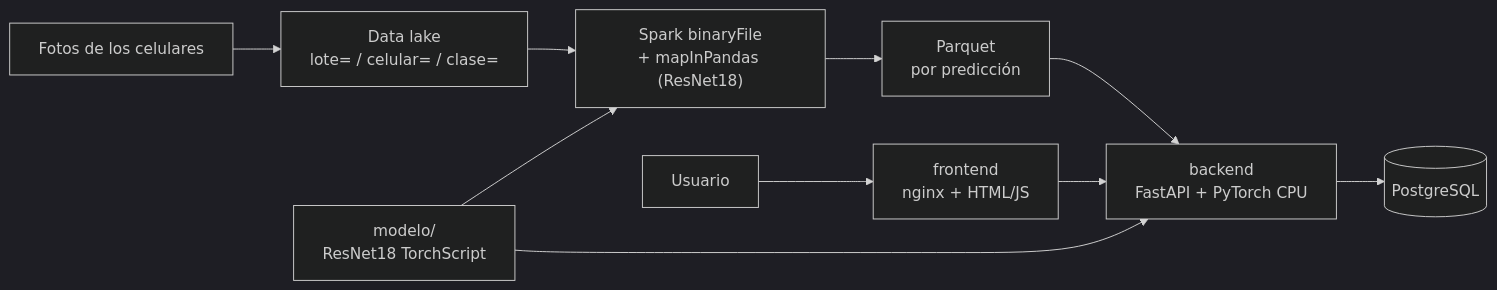
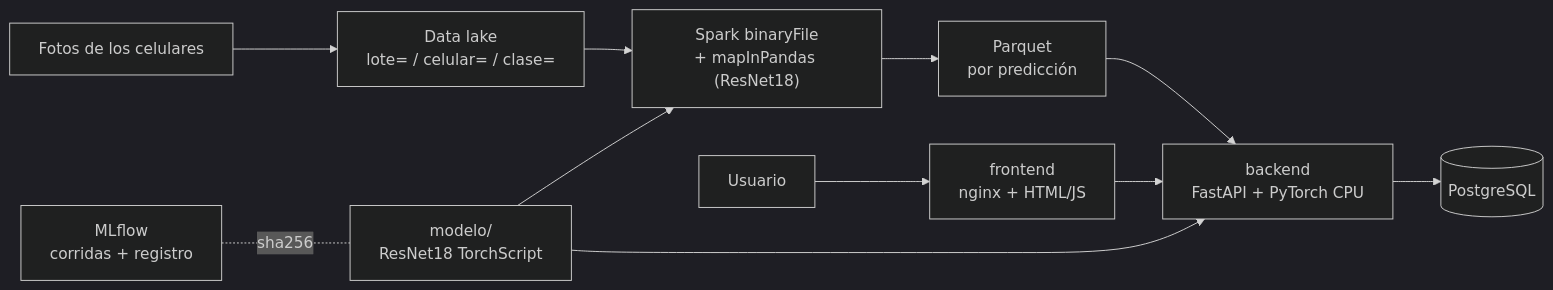
The diagram in README.md (ByArk3/percepcion-limones), drawn with Mermaid (dark theme) before and after one commit. The commit also changed other lines of this file and 21 other files, not shown here.

First line of the commit message:
src/ (entrenar, evaluar, perfil, registro MLflow, huella), requirements exactos y documentación

````diff
--- a/README.md
+++ b/README.md
@@ -9,12 +9,13 @@
 ```mermaid
 flowchart LR
     A["Fotos de los celulares"] --> L["Data lake<br/>lote= / celular= / clase="]
     L --> SP["Spark binaryFile<br/>+ mapInPandas (ResNet18)"]
     SP --> PQ["Parquet<br/>por predicción"]
     PQ --> BE
     U["Usuario"] --> FE["frontend<br/>nginx + HTML/JS"]
     FE --> BE["backend<br/>FastAPI + PyTorch CPU"]
     BE --> DB[("PostgreSQL")]
     M["modelo/<br/>ResNet18 TorchScript"] --> SP
     M --> BE
+    MF["MLflow<br/>corridas + registro"] -. "sha256" .- M
 ```
````
